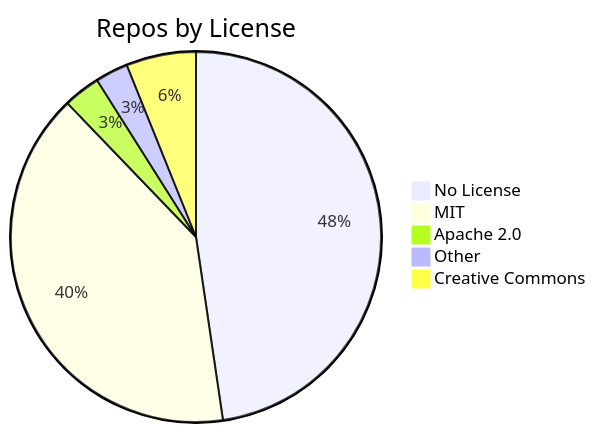
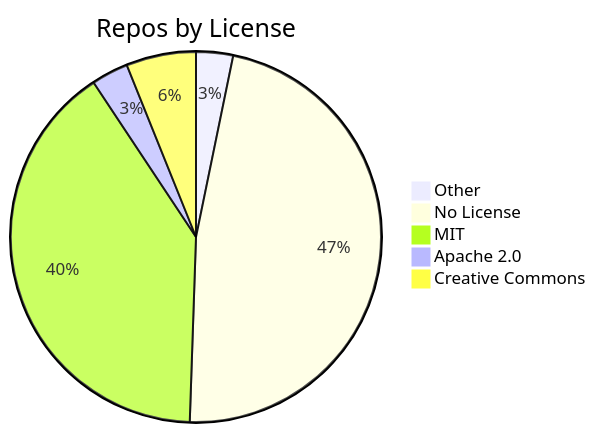
The diagram in README.md (jpatterson933/awesome-mcp-server-repo-index), drawn with Mermaid before and after one commit. The commit also changed other lines of this file and 3 other files, not shown here.

````diff
--- a/README.md
+++ b/README.md
@@ -29,8 +29,8 @@
 ```mermaid
 pie title Repos by License
-    "No License" : 133
+    "Other" : 9
+    "No License" : 132
     "MIT" : 112
     "Apache 2.0" : 9
-    "Other" : 8
     "Creative Commons" : 17
 ```
````
